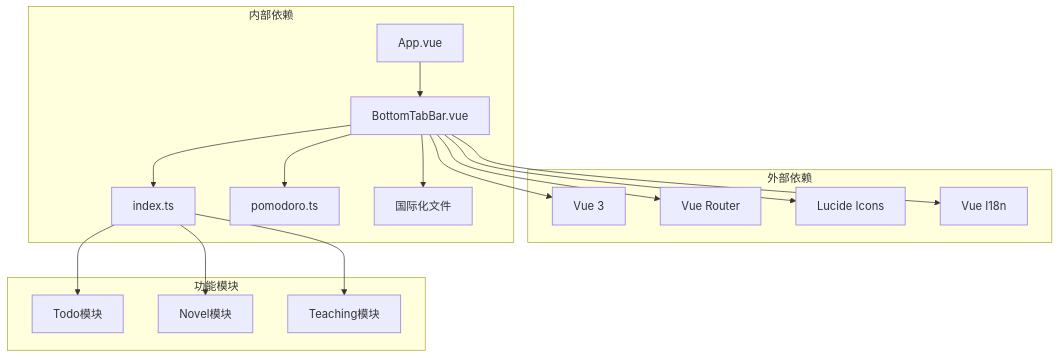
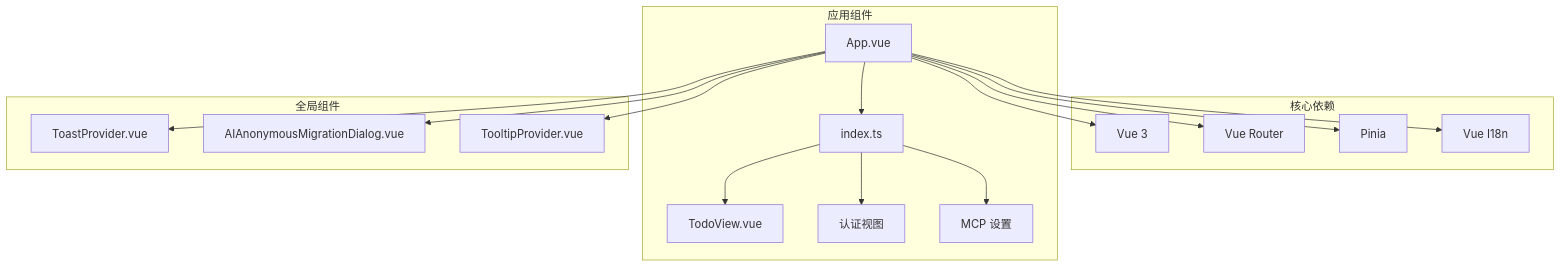
One commit to xixixiaoyu/Todo changed the fourth of 4 diagrams in .qoder/repowiki/zh/content/前端架构/组件设计/UI组件库/导航组件/底部导航栏.md. Above: the diagram before and after it, drawn with Mermaid. The commit also changed other lines of this file and 6 other files, not shown here.

````diff
--- a/.qoder/repowiki/zh/content/前端架构/组件设计/UI组件库/导航组件/底部导航栏.md
+++ b/.qoder/repowiki/zh/content/前端架构/组件设计/UI组件库/导航组件/底部导航栏.md
@@ -273,32 +226,32 @@
 ```mermaid
 graph TB
-subgraph "外部依赖"
+subgraph "核心依赖"
 Vue[Vue 3]
 VueRouter[Vue Router]
-LucideIcons[Lucide Icons]
+Pinia[Pinia]
 VueI18n[Vue I18n]
 end
-subgraph "内部依赖"
-BottomTabBar[BottomTabBar.vue]
-AppContainer[App.vue]
+subgraph "应用组件"
+App[App.vue]
 RouterConfig[index.ts]
-PomodoroStore[pomodoro.ts]
-TranslationFiles[国际化文件]
+TodoView[TodoView.vue]
+AuthViews[认证视图]
+SettingsView[MCP 设置]
 end
-subgraph "功能模块"
-TodoModule[Todo模块]
-NovelModule[Novel模块]
-TeachingModule[Teaching模块]
+subgraph "全局组件"
+ToastProvider[ToastProvider.vue]
+MigrationDialog[AIAnonymousMigrationDialog.vue]
+TooltipProvider[TooltipProvider.vue]
 end
-BottomTabBar --> Vue
-BottomTabBar --> VueRouter
-BottomTabBar --> LucideIcons
-BottomTabBar --> VueI18n
-BottomTabBar --> PomodoroStore
-BottomTabBar --> RouterConfig
-BottomTabBar --> TranslationFiles
-AppContainer --> BottomTabBar
-RouterConfig --> TodoModule
-RouterConfig --> NovelModule
-RouterConfig --> TeachingModule
+App --> Vue
+App --> VueRouter
+App --> Pinia
+App --> VueI18n
+App --> RouterConfig
+RouterConfig --> TodoView
+RouterConfig --> AuthViews
+RouterConfig --> SettingsView
+App --> ToastProvider
+App --> MigrationDialog
+App --> TooltipProvider
 ```
````
